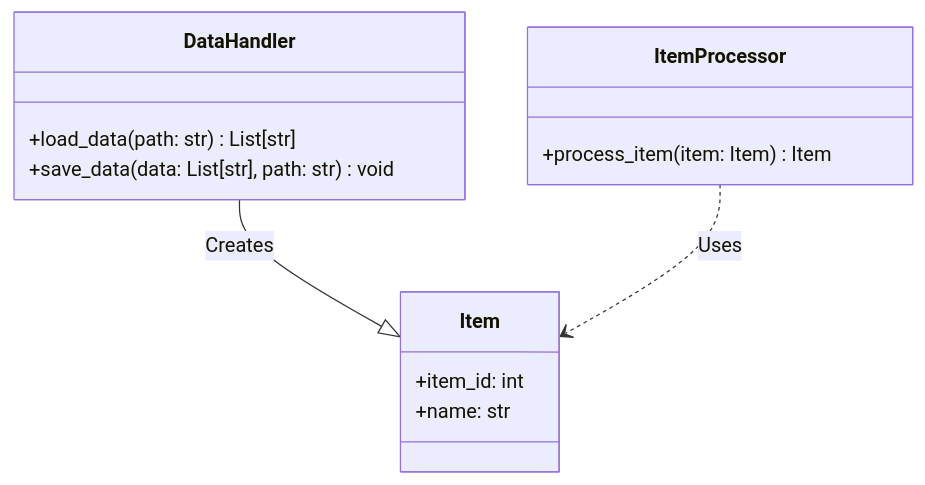
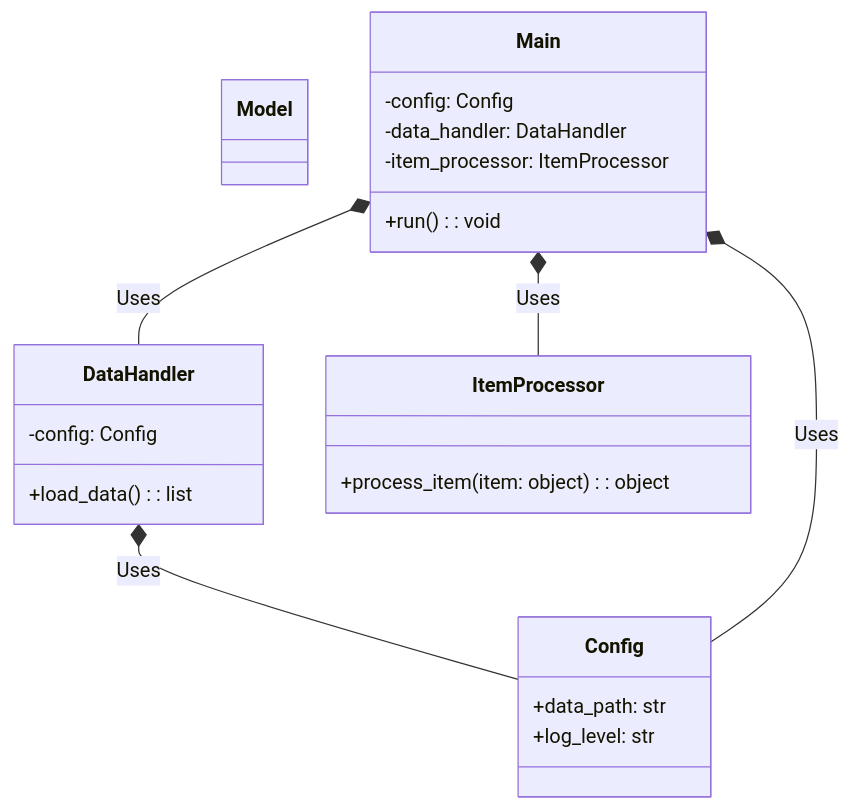
The first of 7 diagrams in output/python-sample-project/07_diagrams.md (OpenXFlow/sourceLensAI), drawn with Mermaid before and after one commit. The commit also changed other lines of this file and 15 other files, not shown here.

````diff
--- a/output/python-sample-project/07_diagrams.md
+++ b/output/python-sample-project/07_diagrams.md
@@ -6,16 +6,26 @@
 ```mermaid
 classDiagram
+    class Config {
+        +data_path: str
+        +log_level: str
+    }
     class DataHandler {
-        +load_data(path: str) List[str]
-        +save_data(data: List[str], path: str) void
+        -config: Config
+        +load_data() : list
     }
     class ItemProcessor {
-        +process_item(item: Item) Item
+        +process_item(item: object) : object
     }
-    class Item {
-        +item_id: int
-        +name: str
+    class Model {
     }
-    DataHandler --|> Item : Creates
-    ItemProcessor ..> Item : Uses
+    class Main {
+        -config: Config
+        -data_handler: DataHandler
+        -item_processor: ItemProcessor
+        +run() : void
+    }
+    DataHandler *-- Config : Uses
+    Main *-- Config : Uses
+    Main *-- DataHandler : Uses
+    Main *-- ItemProcessor : Uses
 ```
````
